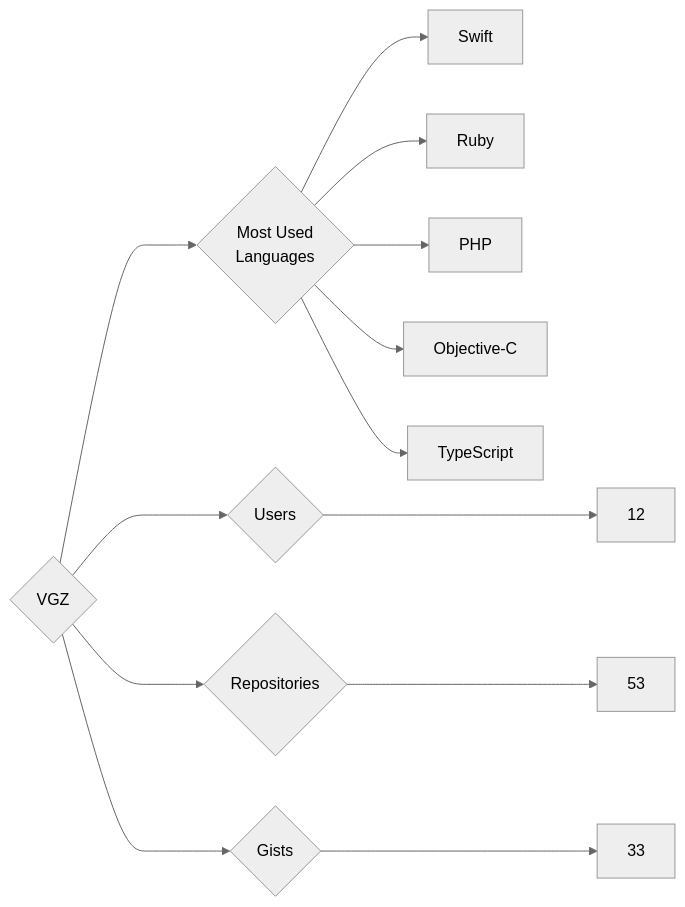
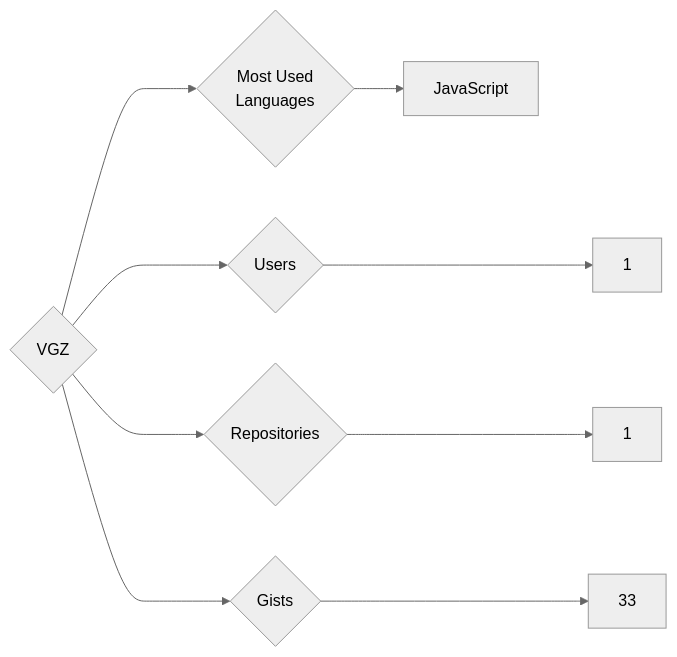
One commit to trickest/insiders changed the diagram in targets/VGZ/README.md. Above: the diagram before and after it, drawn with Mermaid (neutral theme). The commit also changed 773 other files, not shown here.

````diff
--- a/targets/VGZ/README.md
+++ b/targets/VGZ/README.md
@@ -3,13 +3,9 @@
 ```mermaid
 graph LR
 COMPANY_NAME{VGZ}
-COMPANY_NAME ---> U{Users} ---> UN[12]
-COMPANY_NAME ---> R{Repositories} ---> RN[53]
+COMPANY_NAME ---> U{Users} ---> UN[1]
+COMPANY_NAME ---> R{Repositories} ---> RN[1]
 COMPANY_NAME ---> G{Gists} ---> GN[33]
 COMPANY_NAME ---> ML{Most Used<br>Languages}
-ML --> Swift[Swift]
-ML --> Ruby[Ruby]
-ML --> PHP[PHP]
-ML --> Objective-C[Objective-C]
-ML --> TypeScript[TypeScript]
+ML --> JavaScript[JavaScript]
 ```
````
